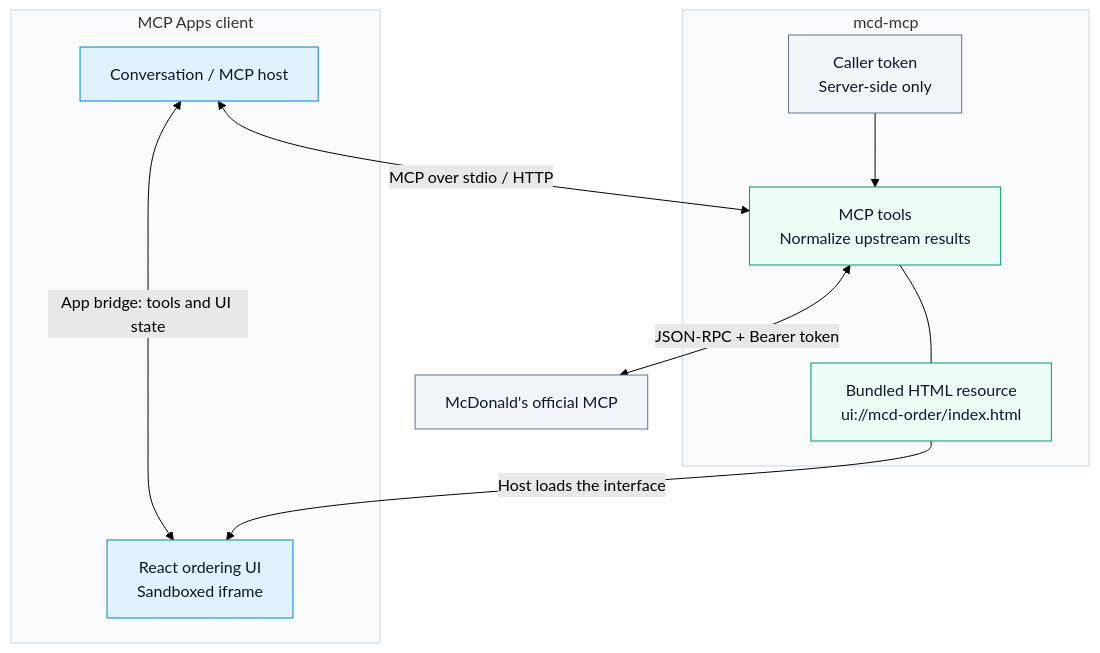
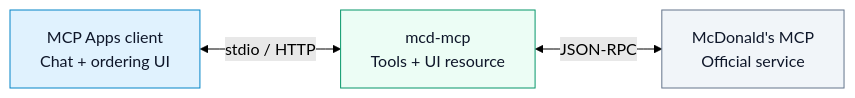
The diagram in README.md (dumboai-studio/mcd-mcp), drawn with Mermaid (forest theme) before and after one commit. The commit also changed 1 other file, not shown here.

Commit message:
docs: simplify architecture diagrams into a compact horizontal flow

````diff
--- a/README.md
+++ b/README.md
@@ -9,26 +9,11 @@
 ```mermaid
-flowchart TB
-    subgraph Host["MCP Apps client"]
-        H["Conversation / MCP host"]
-        UI["React ordering UI<br/>Sandboxed iframe"]
-        H <-->|"App bridge: tools and UI state"| UI
-    end
-    subgraph App["mcd-mcp"]
-        S["MCP tools<br/>Normalize upstream results"]
-        R["Bundled HTML resource<br/>ui://mcd-order/index.html"]
-        K["Caller token<br/>Server-side only"]
-        S --- R
-        K --> S
-    end
-    H <-->|"MCP over stdio / HTTP"| S
-    R -->|"Host loads the interface"| UI
-    S <-->|"JSON-RPC + Bearer token"| API["McDonald's official MCP"]
+flowchart LR
+    C["MCP Apps client<br/>Chat + ordering UI"] <-->|"stdio / HTTP"| S["mcd-mcp<br/>Tools + UI resource"]
+    S <-->|"JSON-RPC"| API["McDonald's MCP<br/>Official service"]
     classDef client fill:#e0f2fe,stroke:#0284c7,color:#0f172a
     classDef service fill:#ecfdf5,stroke:#059669,color:#0f172a
     classDef external fill:#f1f5f9,stroke:#64748b,color:#0f172a
-    class H,UI client
-    class S,R service
-    class API,K external
-    style Host fill:#f8fafc,stroke:#cbd5e1
-    style App fill:#f8fafc,stroke:#cbd5e1
+    class C client
+    class S service
+    class API external
 ```
````
